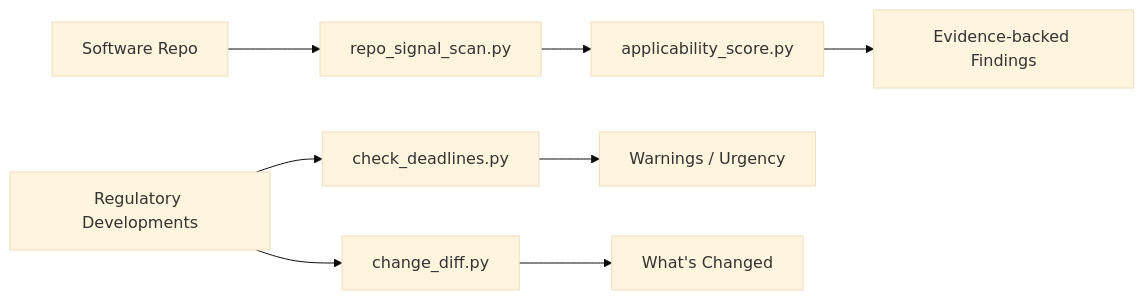
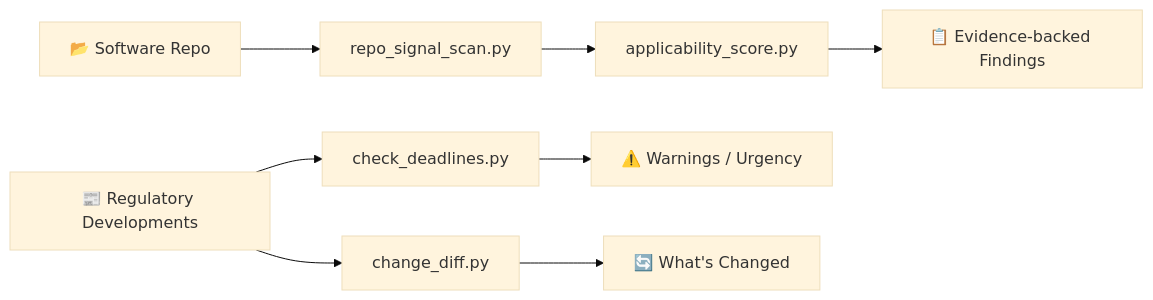
Before and after one commit to zerantiq/regintel: the diagram in README.md, drawn with Mermaid (base theme). The commit also changed other lines of this file, not shown here.

````diff
--- a/README.md
+++ b/README.md
@@ -67,10 +50,10 @@
 ```mermaid
 flowchart LR
-    A["Software Repo"] --> B["repo_signal_scan.py"]
+    A["📂 Software Repo"] --> B["repo_signal_scan.py"]
     B --> C["applicability_score.py"]
-    C --> D["Evidence-backed Findings"]
-    E["Regulatory Developments"] --> F["check_deadlines.py"]
+    C --> D["📋 Evidence-backed Findings"]
+    E["📰 Regulatory Developments"] --> F["check_deadlines.py"]
     E --> G["change_diff.py"]
-    F --> H["Warnings / Urgency"]
-    G --> I["What's Changed"]
+    F --> H["⚠️ Warnings / Urgency"]
+    G --> I["🔄 What's Changed"]
 ```
````
